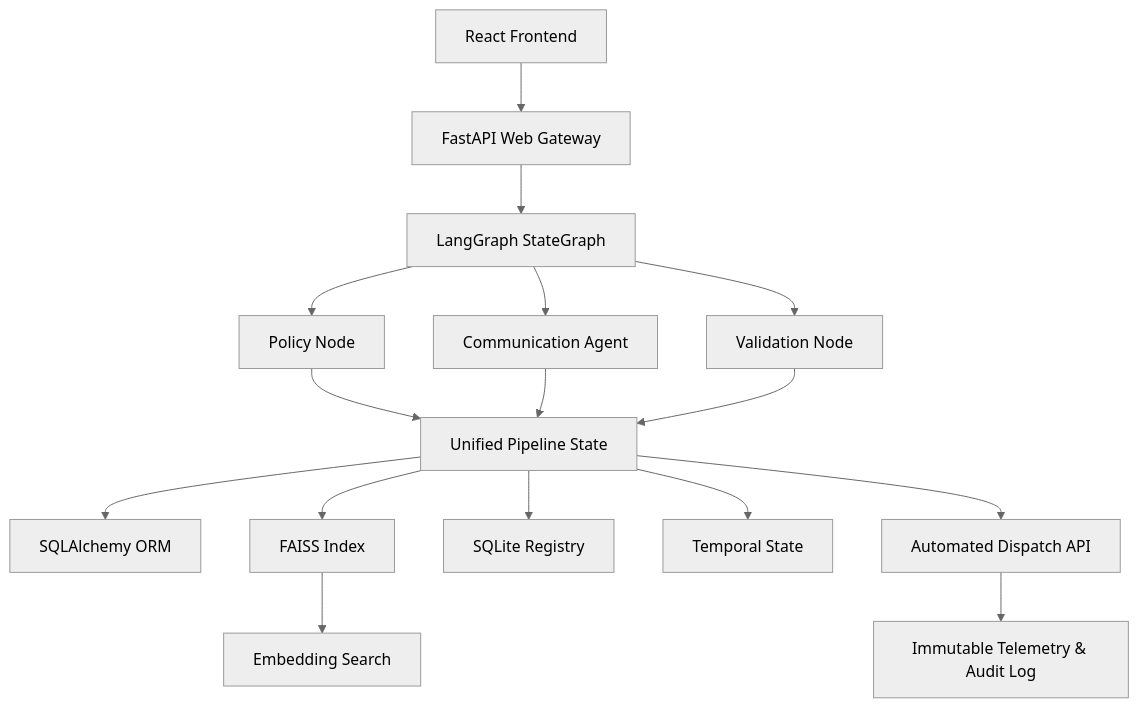
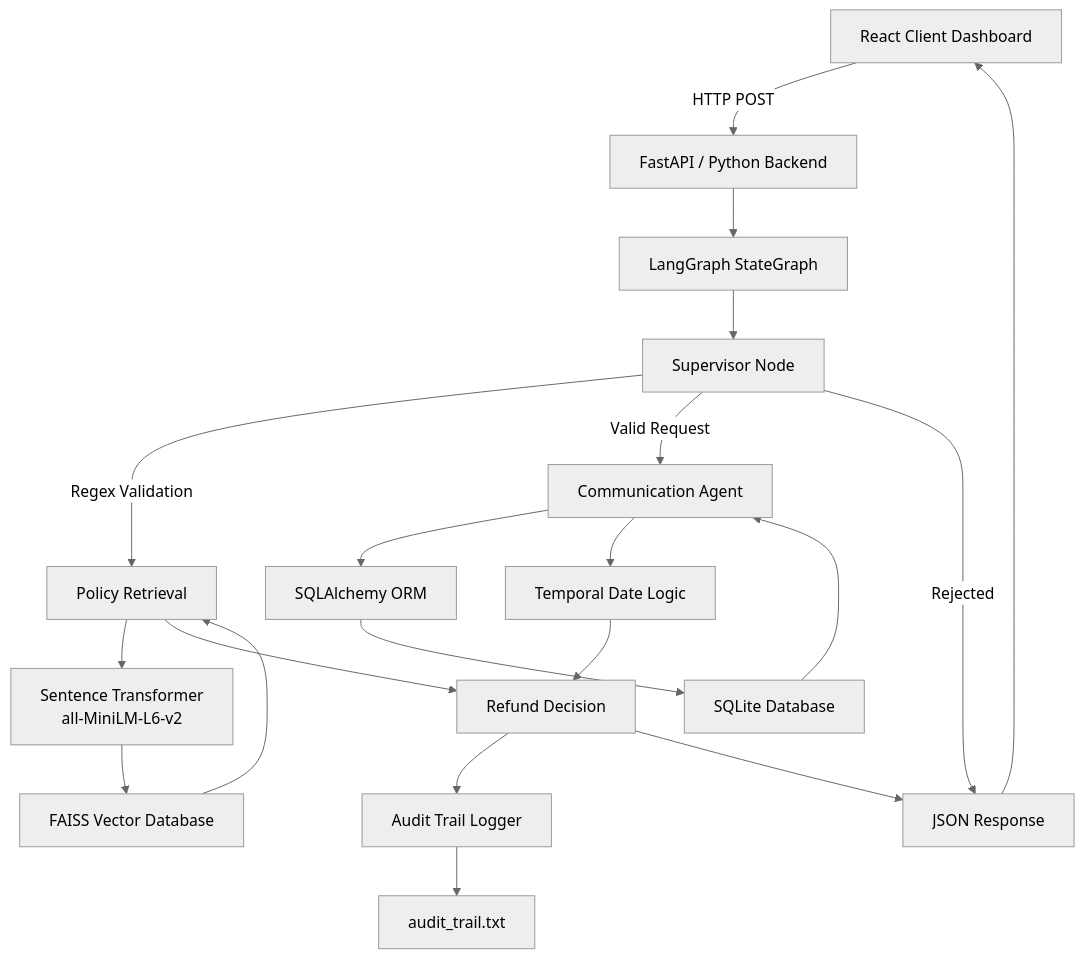
Before and after one commit to nika-456-kng/AI_Refund_Analyser: the diagram in README.md, drawn with Mermaid (neutral theme).

````diff
--- a/README.md
+++ b/README.md
@@ -10,26 +10,52 @@
 ```mermaid
 flowchart TD
 
-A[React Frontend] --> B[FastAPI Web Gateway]
+    A[React Client Dashboard]
+    B[FastAPI / Python Backend]
+    C[LangGraph StateGraph]
 
-B --> C[LangGraph StateGraph]
+    D[Supervisor Node]
+    E[Policy Retrieval]
+    F[Communication Agent]
 
-C --> D[Policy Node]
-C --> E[Communication Agent]
-C --> F[Validation Node]
+    G[FAISS Vector Database]
+    H[Sentence Transformer<br/>all-MiniLM-L6-v2]
 
-D --> G[Unified Pipeline State]
-E --> G
-F --> G
+    I[SQLAlchemy ORM]
+    J[SQLite Database]
 
-G --> H[SQLAlchemy ORM]
-G --> I[FAISS Index]
-G --> J[SQLite Registry]
-G --> K[Temporal State]
+    K[Temporal Date Logic]
+    L[Refund Decision]
 
-I --> L[Embedding Search]
+    M[Audit Trail Logger]
+    N[audit_trail.txt]
 
-G --> M[Automated Dispatch API]
+    O[JSON Response]
 
-M --> N[Immutable Telemetry & Audit Log]
+    A -->|HTTP POST| B
+    B --> C
+
+    C --> D
+
+    D -->|Regex Validation| E
+    D -->|Valid Request| F
+    D -->|Rejected| O
+
+    E --> H
+    H --> G
+    G --> E
+
+    F --> I
+    I --> J
+    J --> F
+
+    F --> K
+    E --> L
+    K --> L
+
+    L --> M
+    M --> N
+
+    L --> O
+    O --> A
 ```
````
